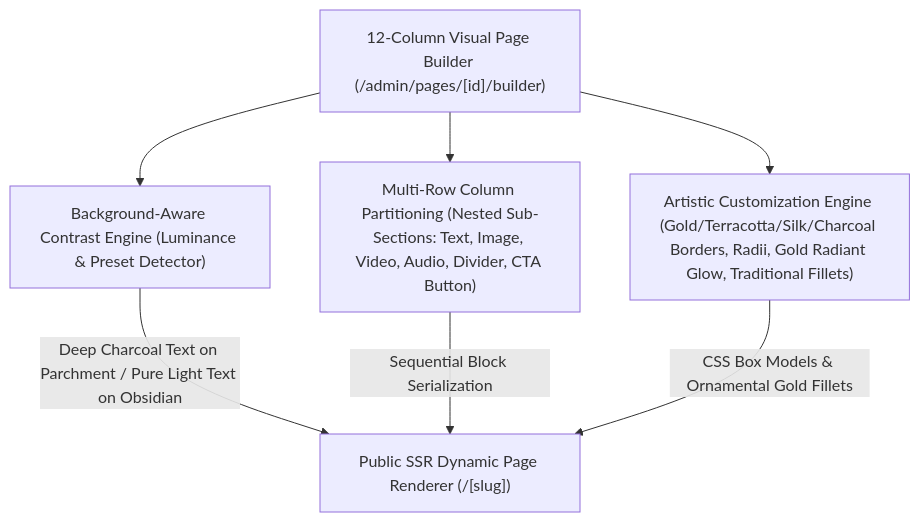
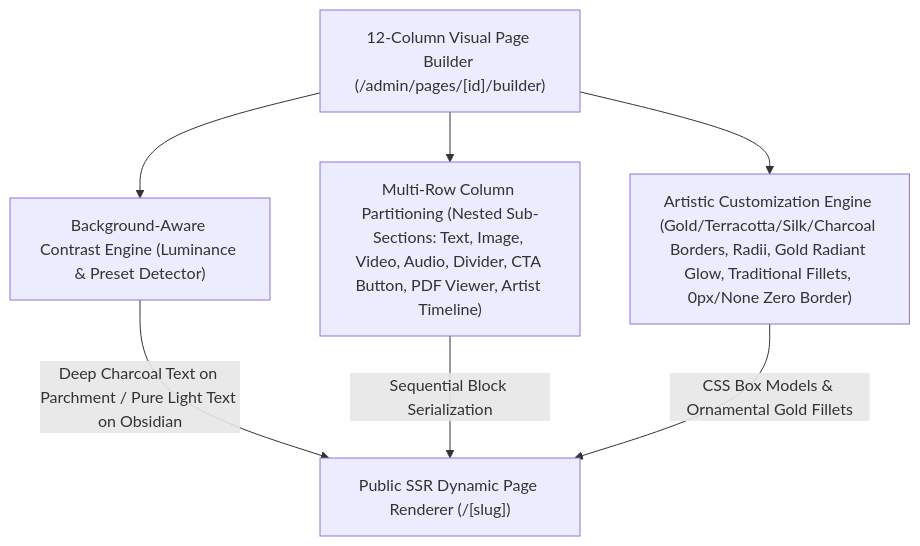
The third of 4 diagrams in docs/graphify/knowledge-graph.md (Savazar01/lalitakapilavai), drawn with Mermaid before and after one commit. The commit also changed other lines of this file and 15 other files, not shown here.

Commit message:
feat: category media upload, dynamic footer socials/nav, artwork wysiwyg, border & bg-contain fixes, pdf viewer, and artist timeline

````diff
--- a/docs/graphify/knowledge-graph.md
+++ b/docs/graphify/knowledge-graph.md
@@ -105,15 +107,15 @@
 ```mermaid
 graph TD
     Builder["12-Column Visual Page Builder (/admin/pages/[id]/builder)"]
     ContrastEngine["Background-Aware Contrast Engine (Luminance & Preset Detector)"]
-    MultiRowPartition["Multi-Row Column Partitioning (Nested Sub-Sections: Text, Image, Video, Audio, Divider, CTA Button)"]
-    ArtisticFraming["Artistic Customization Engine (Gold/Terracotta/Silk/Charcoal Borders, Radii, Gold Radiant Glow, Traditional Fillets)"]
+    MultiRowPartition["Multi-Row Column Partitioning (Nested Sub-Sections: Text, Image, Video, Audio, Divider, CTA Button, PDF Viewer, Artist Timeline)"]
+    ArtisticFraming["Artistic Customization Engine (Gold/Terracotta/Silk/Charcoal Borders, Radii, Gold Radiant Glow, Traditional Fillets, 0px/None Zero Border)"]
     PublicSSR["Public SSR Dynamic Page Renderer (/[slug])"]
 
     Builder --> ContrastEngine
     Builder --> MultiRowPartition
     Builder --> ArtisticFraming
     ContrastEngine -->|Deep Charcoal Text on Parchment / Pure Light Text on Obsidian| PublicSSR
     MultiRowPartition -->|Sequential Block Serialization| PublicSSR
     ArtisticFraming -->|CSS Box Models & Ornamental Gold Fillets| PublicSSR
 ```
````
